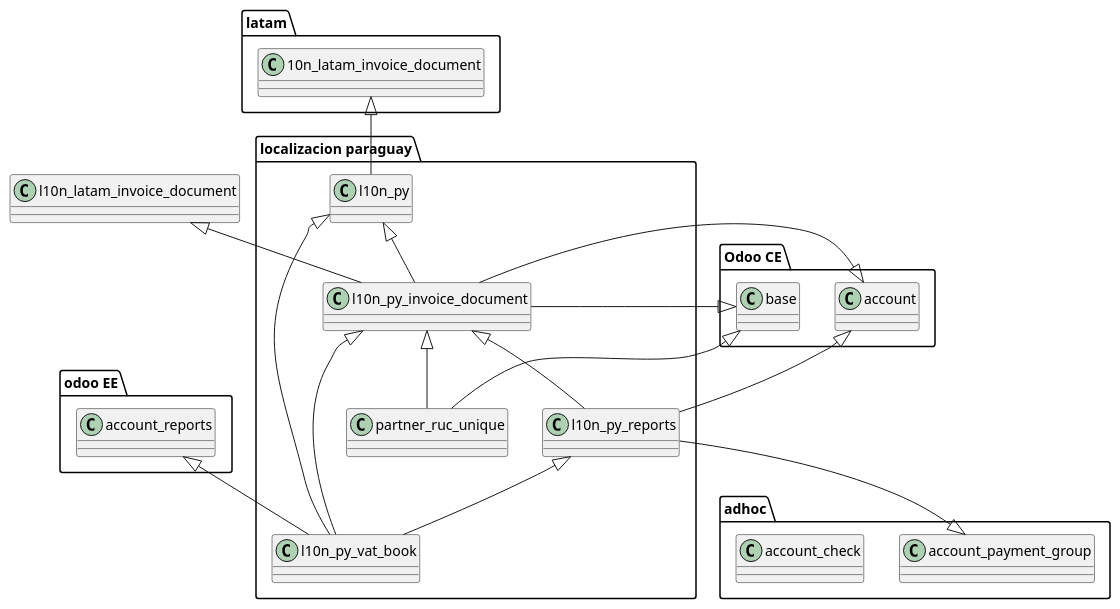
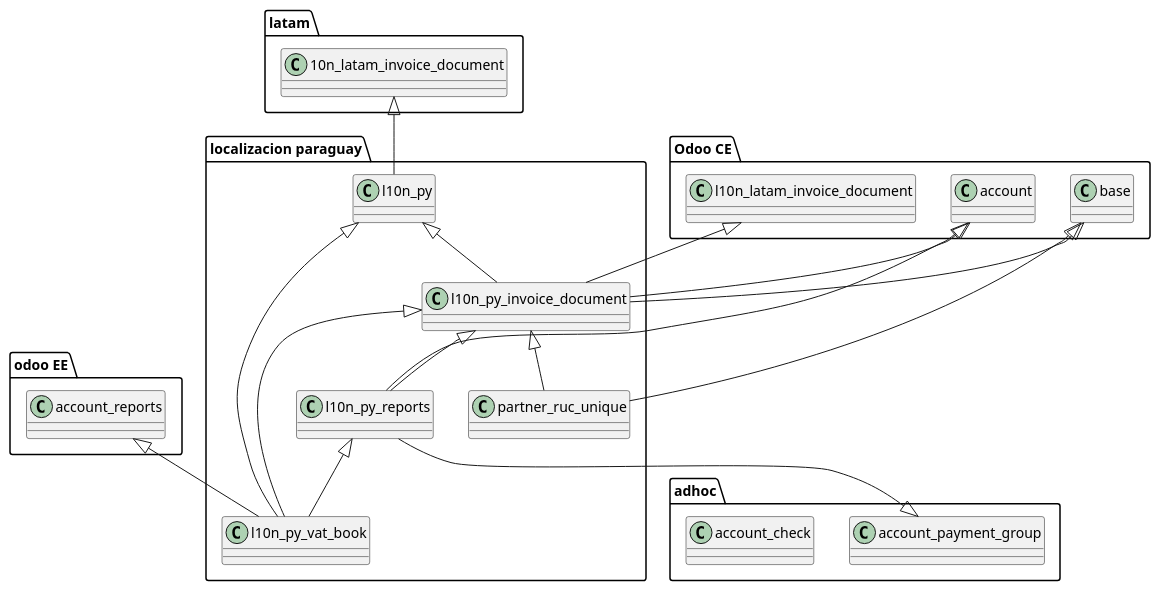
Before and after one commit to yasserdjerbi/test: the diagram in doc/global.puml, drawn with PlantUML.

Commit message:
[ADD] - puml integration

```diff
--- a/doc/global.puml
+++ b/doc/global.puml
@@ -1,44 +1,45 @@
 @startuml
 
 package "odoo EE" {
 class account_reports
 }
 
 package "Odoo CE" {
     class account
     class base
+    class l10n_latam_invoice_document
 }
 package "latam" {
     class 10n_latam_invoice_document
 }
 package "localizacion paraguay" {
     class l10n_py
     class l10n_py_invoice_document
     class l10n_py_reports
     class l10n_py_vat_book
     class partner_ruc_unique
 }
 package "adhoc" {
     class account_payment_group
     class account_check
 }
 
 10n_latam_invoice_document <|-- l10n_py
 base <|-u- l10n_py_invoice_document
 l10n_py <|-- l10n_py_invoice_document
 account <|-- l10n_py_invoice_document
 l10n_latam_invoice_document <|-- l10n_py_invoice_document
 
 account <|-- l10n_py_reports
 l10n_py_invoice_document <|-- l10n_py_reports
 account_payment_group <|-u- l10n_py_reports
 
 l10n_py <|-- l10n_py_vat_book
 l10n_py_reports <|-- l10n_py_vat_book
 l10n_py_invoice_document <|-- l10n_py_vat_book
 account_reports <|-- l10n_py_vat_book
 
 base <|-- partner_ruc_unique
 l10n_py_invoice_document <|-- partner_ruc_unique
 
 @enduml
```
